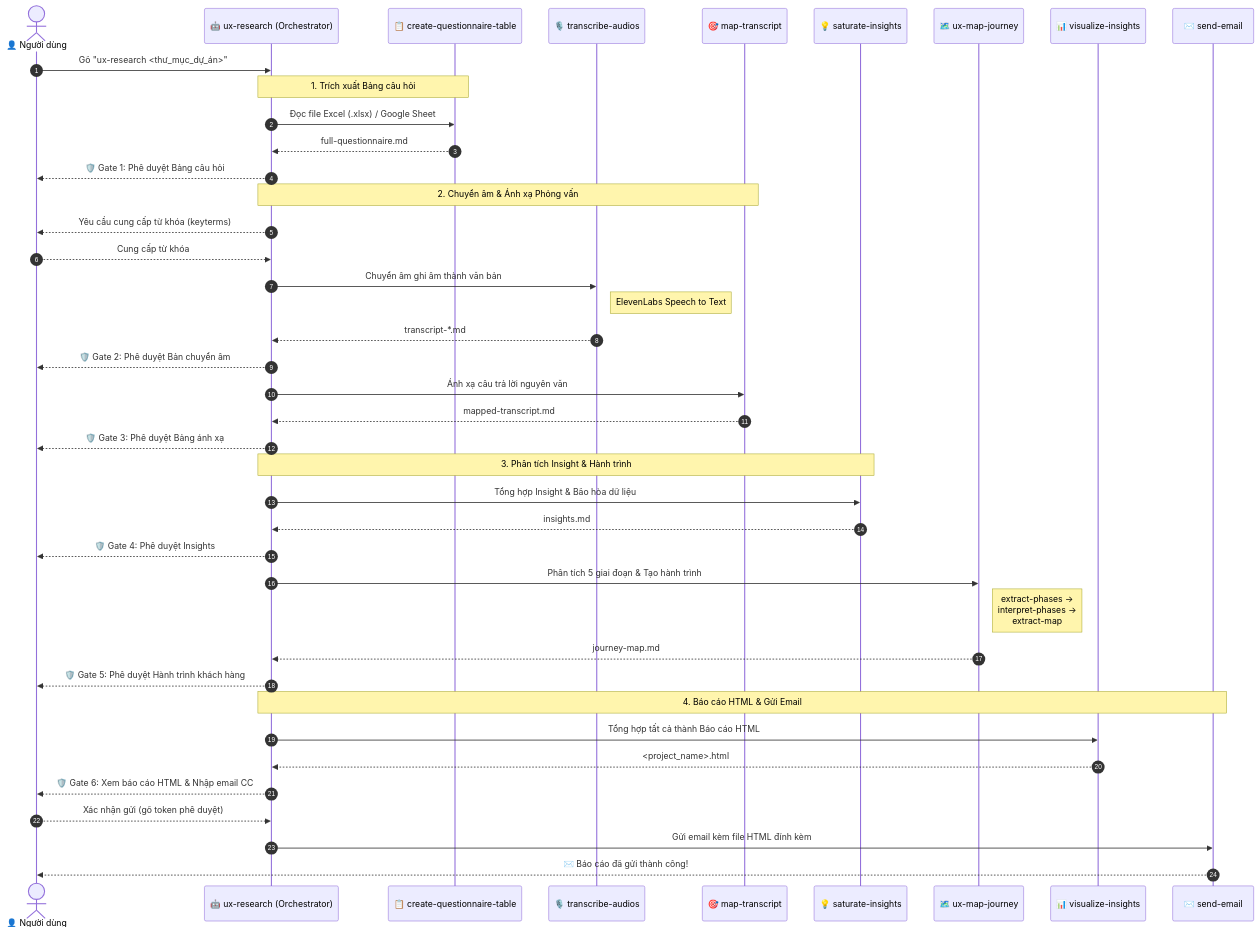
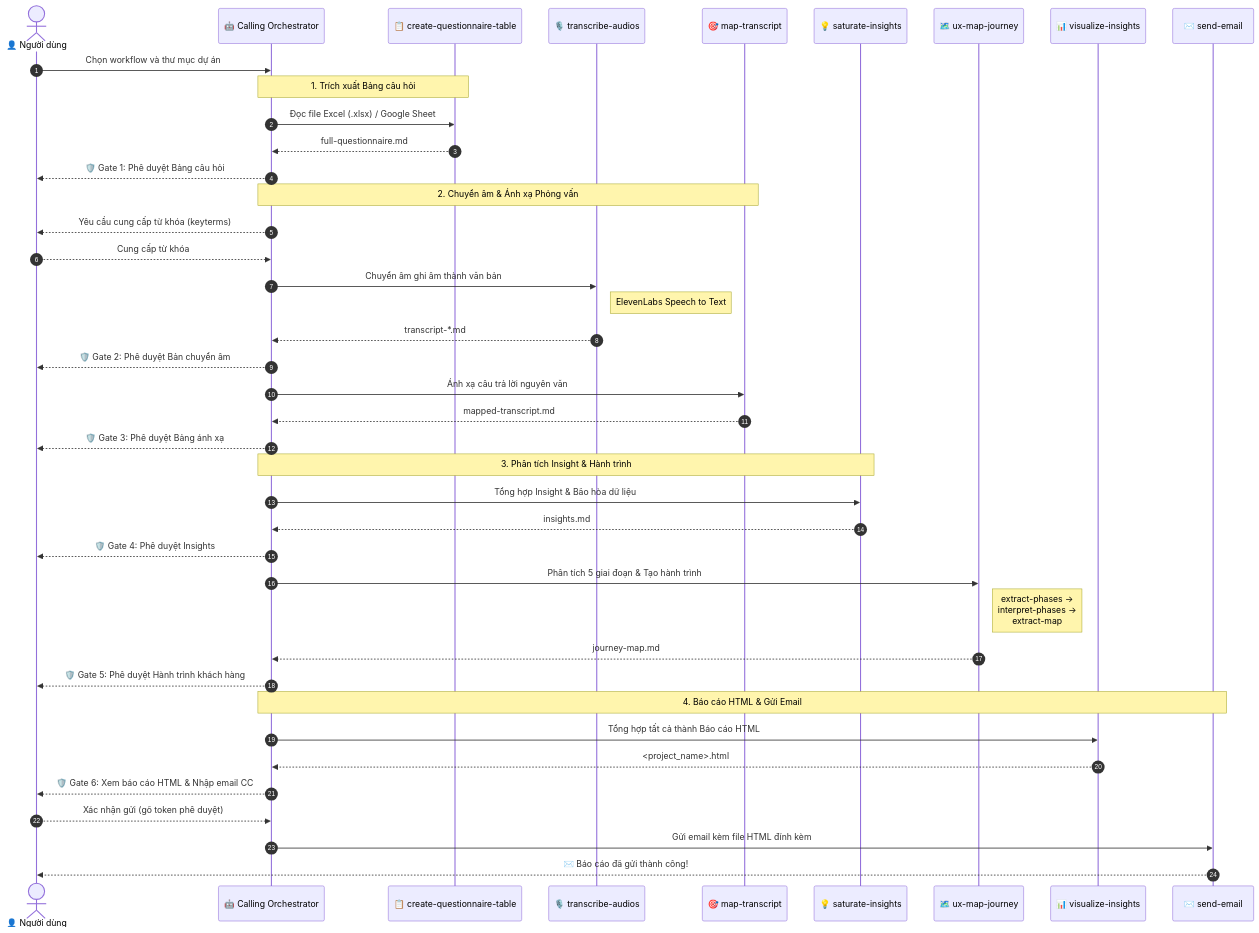
One commit to nguyenlamhai89/UX-Agent changed the diagram in README.md. Above: the diagram before and after it, drawn with Mermaid. The commit also changed other lines of this file and 10 other files, not shown here.

Commit message:
remove: delete ux-research workflow

````diff
--- a/README.md
+++ b/README.md
@@ -92,48 +90,48 @@
 ```mermaid
 sequenceDiagram
     autonumber
     actor User as 👤 Người dùng
-    participant Parent as 🤖 ux-research (Orchestrator)
+    participant Parent as 🤖 Calling Orchestrator
     participant CQT as 📋 create-questionnaire-table
     participant STT as 🎙️ transcribe-audios
     participant MT as 🎯 map-transcript
     participant SA as 💡 saturate-insights
     participant UXM as 🗺️ ux-map-journey
     participant VIS as 📊 visualize-insights
     participant EMAIL as ✉️ send-email
 
-    User->>Parent: Gõ "ux-research <thư_mục_dự_án>"
+    User->>Parent: Chọn workflow và thư mục dự án
     
     Note over Parent, CQT: 1. Trích xuất Bảng câu hỏi
     Parent->>CQT: Đọc file Excel (.xlsx) / Google Sheet
     CQT-->>Parent: full-questionnaire.md
     Parent-->>User: 🛡️ Gate 1: Phê duyệt Bảng câu hỏi
 
     Note over Parent, MT: 2. Chuyển âm & Ánh xạ Phỏng vấn
     Parent-->>User: Yêu cầu cung cấp từ khóa (keyterms)
     User-->>Parent: Cung cấp từ khóa
     Parent->>STT: Chuyển âm ghi âm thành văn bản
     Note right of STT: ElevenLabs Speech to Text
     STT-->>Parent: transcript-*.md
     Parent-->>User: 🛡️ Gate 2: Phê duyệt Bản chuyển âm
     Parent->>MT: Ánh xạ câu trả lời nguyên văn
     MT-->>Parent: mapped-transcript.md
     Parent-->>User: 🛡️ Gate 3: Phê duyệt Bảng ánh xạ
 
     Note over Parent, SA: 3. Phân tích Insight & Hành trình
     Parent->>SA: Tổng hợp Insight & Bão hòa dữ liệu
     SA-->>Parent: insights.md
     Parent-->>User: 🛡️ Gate 4: Phê duyệt Insights
     Parent->>UXM: Phân tích 5 giai đoạn & Tạo hành trình
     Note right of UXM: extract-phases →<br/>interpret-phases →<br/>extract-map
     UXM-->>Parent: journey-map.md
     Parent-->>User: 🛡️ Gate 5: Phê duyệt Hành trình khách hàng
 
     Note over Parent, EMAIL: 4. Báo cáo HTML & Gửi Email
     Parent->>VIS: Tổng hợp tất cả thành Báo cáo HTML
     VIS-->>Parent: <project_name>.html
     Parent-->>User: 🛡️ Gate 6: Xem báo cáo HTML & Nhập email CC
     User-->>Parent: Xác nhận gửi (gõ token phê duyệt)
     Parent->>EMAIL: Gửi email kèm file HTML đính kèm
     EMAIL-->>User: ✉️ Báo cáo đã gửi thành công!
 ```
````
